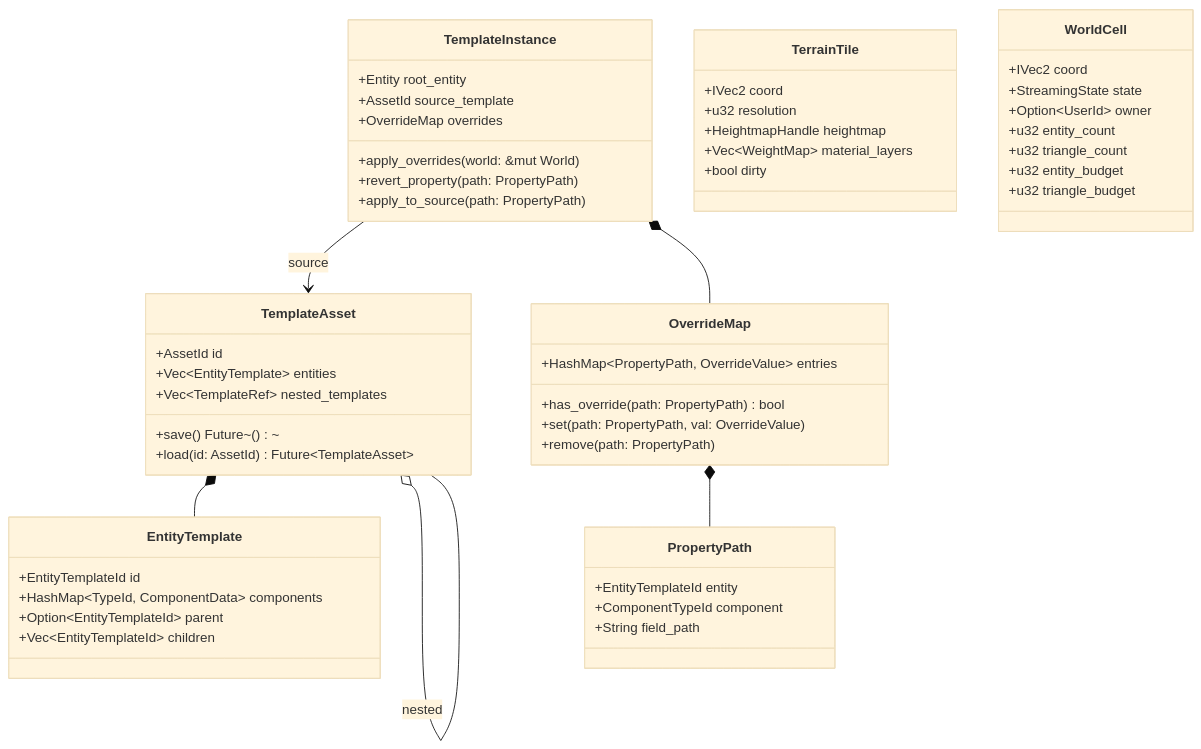
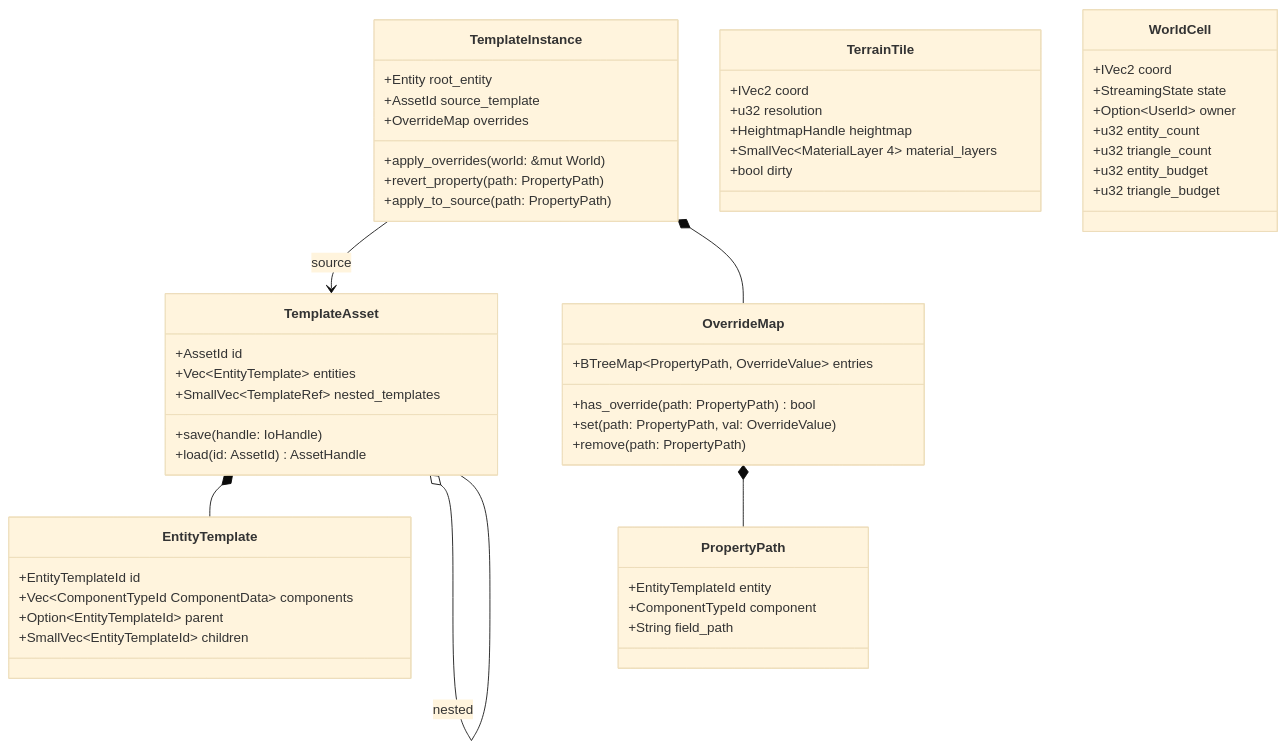
The sixth of 7 diagrams in docs/design/tools/level-world.md (harmonius-dev/harmonius), drawn with Mermaid (base theme) before and after one commit. The commit also changed other lines of this file and 174 other files, not shown here.

````diff
--- a/docs/design/tools/level-world.md
+++ b/docs/design/tools/level-world.md
@@ -280,63 +280,63 @@
 ```mermaid
 classDiagram
     class TemplateAsset {
         +AssetId id
         +Vec~EntityTemplate~ entities
-        +Vec~TemplateRef~ nested_templates
-        +save() Future~()~
-        +load(id: AssetId) Future~TemplateAsset~
+        +SmallVec~TemplateRef~ nested_templates
+        +save(handle: IoHandle)
+        +load(id: AssetId) AssetHandle
     }
 
     class EntityTemplate {
         +EntityTemplateId id
-        +HashMap~TypeId, ComponentData~ components
+        +Vec~ComponentTypeId ComponentData~ components
         +Option~EntityTemplateId~ parent
-        +Vec~EntityTemplateId~ children
+        +SmallVec~EntityTemplateId~ children
     }
 
     class TemplateInstance {
         +Entity root_entity
         +AssetId source_template
         +OverrideMap overrides
         +apply_overrides(world: &mut World)
         +revert_property(path: PropertyPath)
         +apply_to_source(path: PropertyPath)
     }
 
     class OverrideMap {
-        +HashMap~PropertyPath, OverrideValue~ entries
+        +BTreeMap~PropertyPath, OverrideValue~ entries
         +has_override(path: PropertyPath) bool
         +set(path: PropertyPath, val: OverrideValue)
         +remove(path: PropertyPath)
     }
 
     class PropertyPath {
         +EntityTemplateId entity
         +ComponentTypeId component
         +String field_path
     }
 
     class TerrainTile {
         +IVec2 coord
         +u32 resolution
         +HeightmapHandle heightmap
-        +Vec~WeightMap~ material_layers
+        +SmallVec~MaterialLayer 4~ material_layers
         +bool dirty
     }
 
     class WorldCell {
         +IVec2 coord
         +StreamingState state
         +Option~UserId~ owner
         +u32 entity_count
         +u32 triangle_count
         +u32 entity_budget
         +u32 triangle_budget
     }
 
     TemplateAsset *-- EntityTemplate
     TemplateAsset o-- TemplateAsset : nested
     TemplateInstance --> TemplateAsset : source
     TemplateInstance *-- OverrideMap
     OverrideMap *-- PropertyPath
 ```
````
